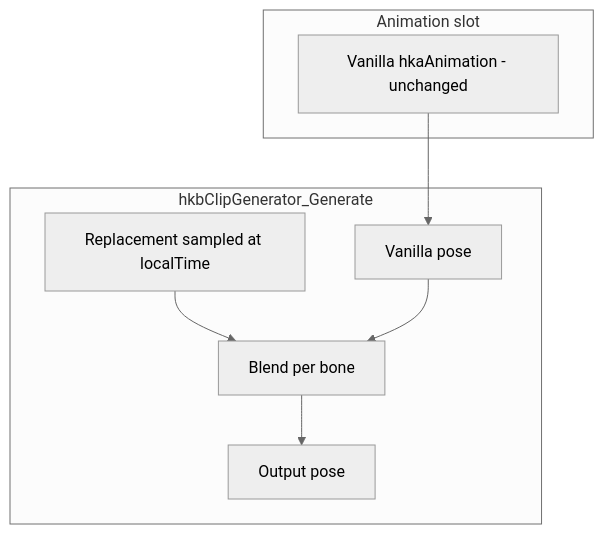
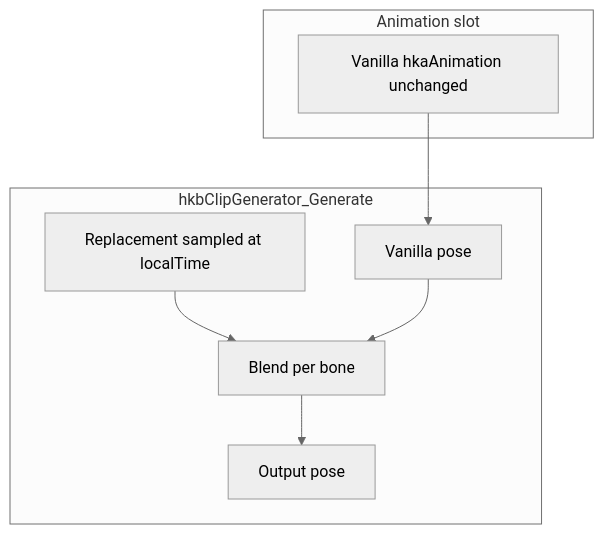
One commit to DCCStudios/F4-OpenAnimationReplacer changed the sixth of 6 diagrams in README.md. Above: the diagram before and after it, drawn with Mermaid (neutral theme). The commit also changed other lines of this file, not shown here.

Commit message:
Fix Mermaid diagram syntax for GitHub rendering

````diff
--- a/README.md
+++ b/README.md
@@ -380,12 +380,12 @@
 ```mermaid
 flowchart TB
     subgraph slot ["Animation slot"]
-        V[Vanilla hkaAnimation - unchanged]
+        V[Vanilla hkaAnimation unchanged]
     end
     subgraph generate ["hkbClipGenerator_Generate"]
         V --> P[Vanilla pose]
         R[Replacement sampled at localTime] --> B[Blend per bone]
         P --> B
         B --> O[Output pose]
     end
 ```
````
